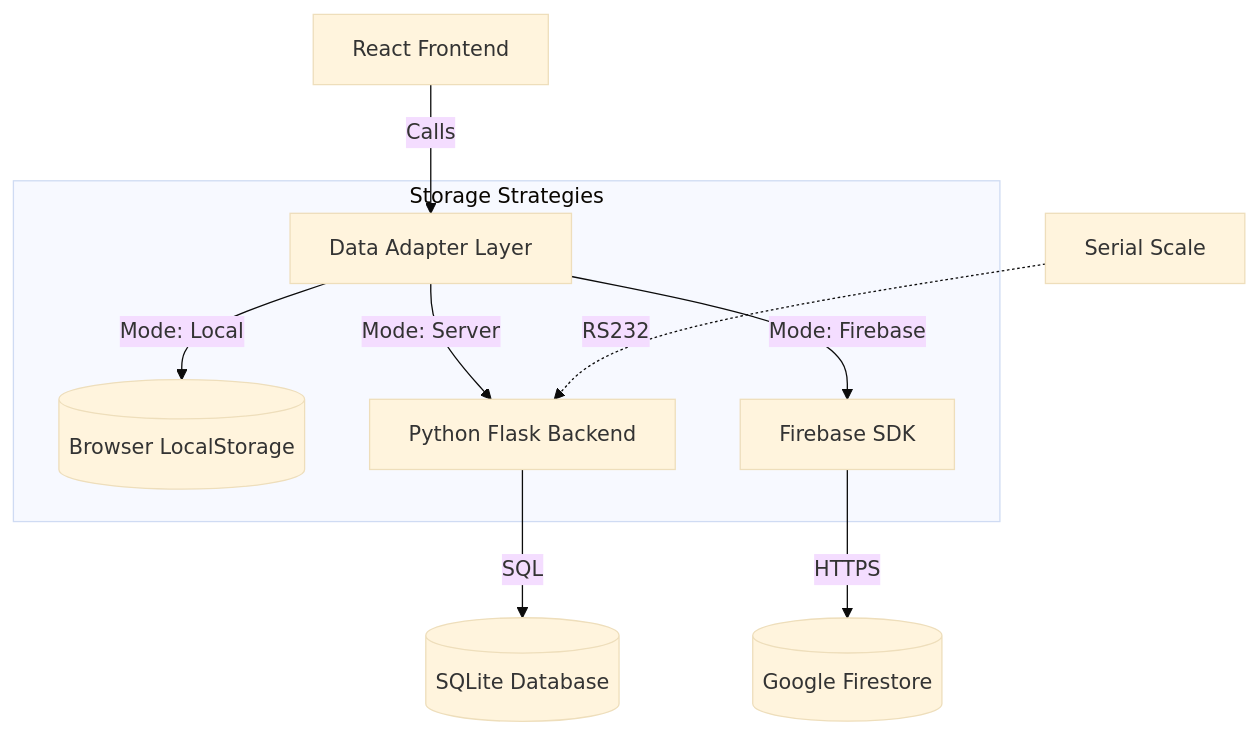
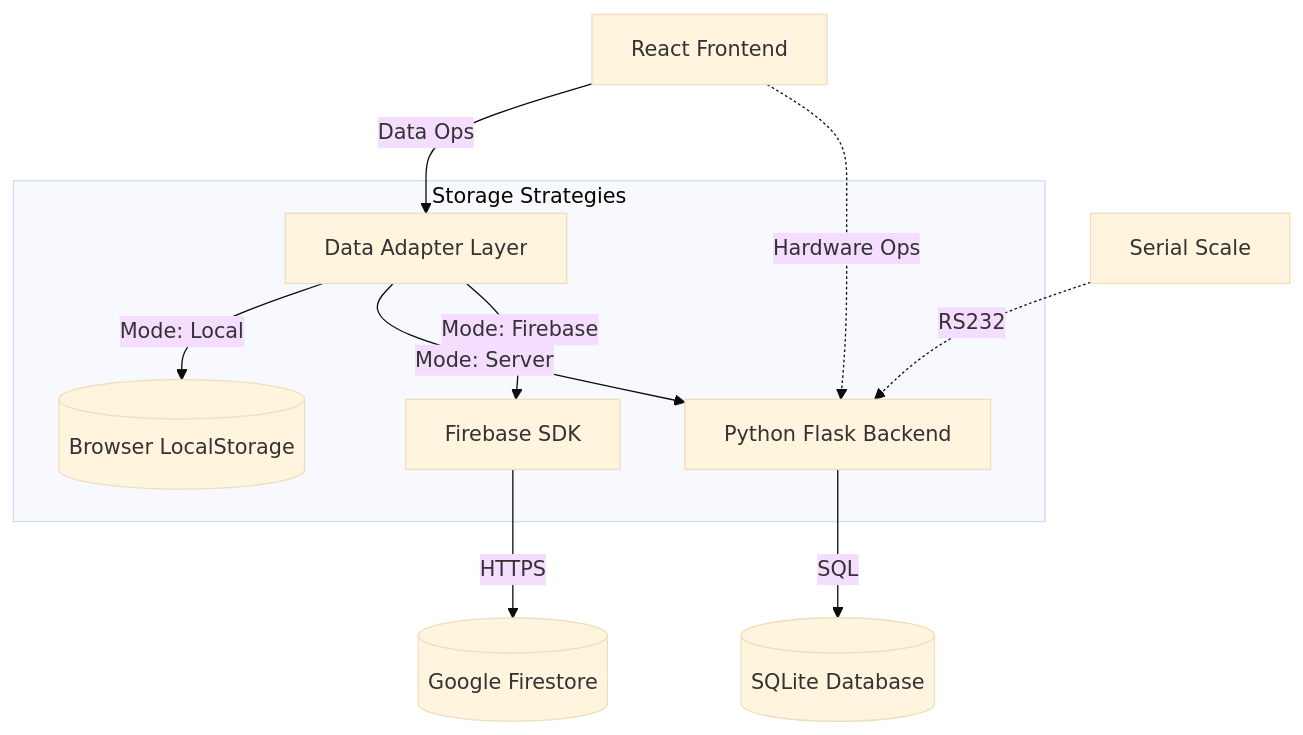
Before and after one commit to SinghProbjot/MarketOS: the first of 2 diagrams in ReadMe.md, drawn with Mermaid (base theme). The commit also changed other lines of this file, not shown here.

Commit message:
fix graph & insert NLP Graph

````diff
--- a/ReadMe.md
+++ b/ReadMe.md
@@ -55,15 +55,16 @@
 ```mermaid
 graph TD
-    UI[React Frontend] -->|Calls| DA[Data Adapter Layer]
+    UI[React Frontend] -->|Data Ops| DA[Data Adapter Layer]
+    UI -.->|Hardware Ops| API
     
     subgraph "Storage Strategies"
         DA -->|Mode: Local| LS[(Browser LocalStorage)]
         DA -->|Mode: Server| API[Python Flask Backend]
         DA -->|Mode: Firebase| FB[Firebase SDK]
     end
     
     API -->|SQL| SQL[(SQLite Database)]
     FB -->|HTTPS| Cloud[(Google Firestore)]
     
     Scale[Serial Scale] -.->|RS232| API
 ```
````
